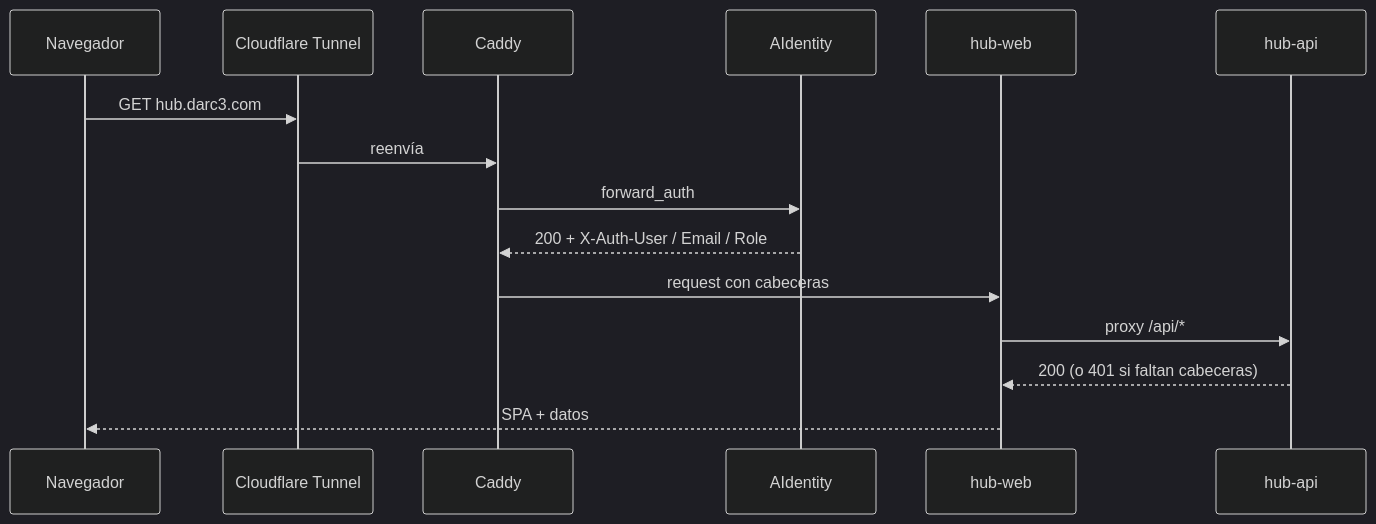
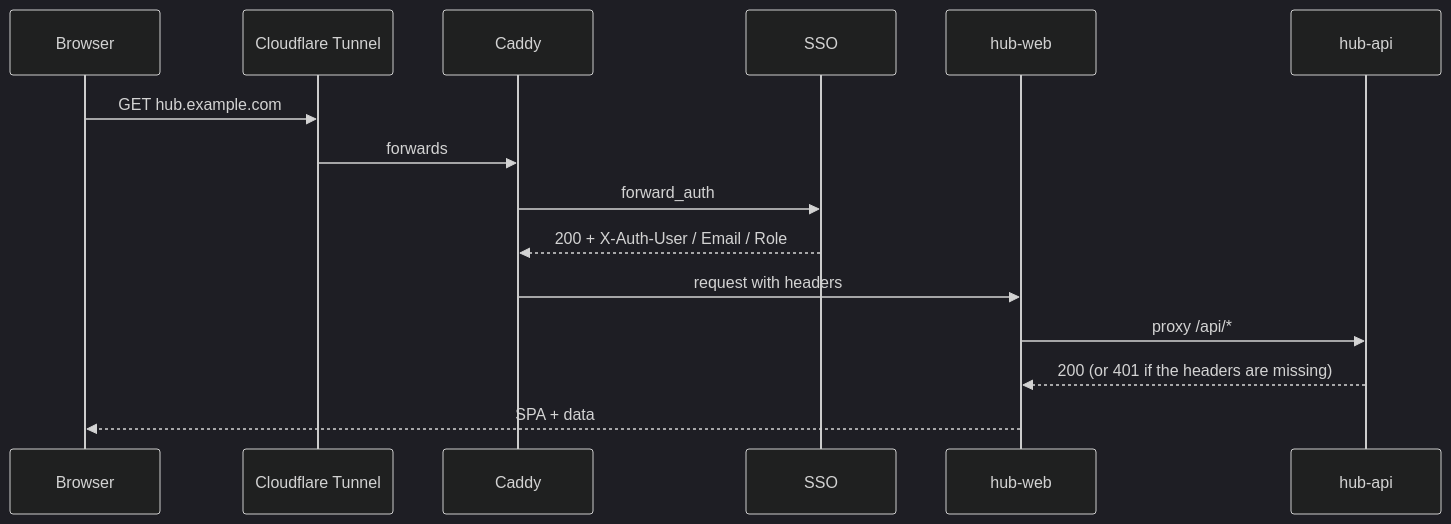
One commit to diegoperezg7/ai-learn changed the fourth of 5 diagrams in README.md. Above: the diagram before and after it, drawn with Mermaid (dark theme). The commit also changed other lines of this file and 1 other file, not shown here.

````diff
--- a/README.md
+++ b/README.md
@@ -264,18 +282,18 @@
 ```mermaid
 sequenceDiagram
-    participant U as Navegador
+    participant U as Browser
     participant CF as Cloudflare Tunnel
     participant C as Caddy
-    participant A as AIdentity
+    participant A as SSO
     participant W as hub-web
     participant API as hub-api
 
-    U->>CF: GET hub.darc3.com
-    CF->>C: reenvía
+    U->>CF: GET hub.example.com
+    CF->>C: forwards
     C->>A: forward_auth
     A-->>C: 200 + X-Auth-User / Email / Role
-    C->>W: request con cabeceras
+    C->>W: request with headers
     W->>API: proxy /api/*
-    API-->>W: 200 (o 401 si faltan cabeceras)
-    W-->>U: SPA + datos
+    API-->>W: 200 (or 401 if the headers are missing)
+    W-->>U: SPA + data
 ```
````
